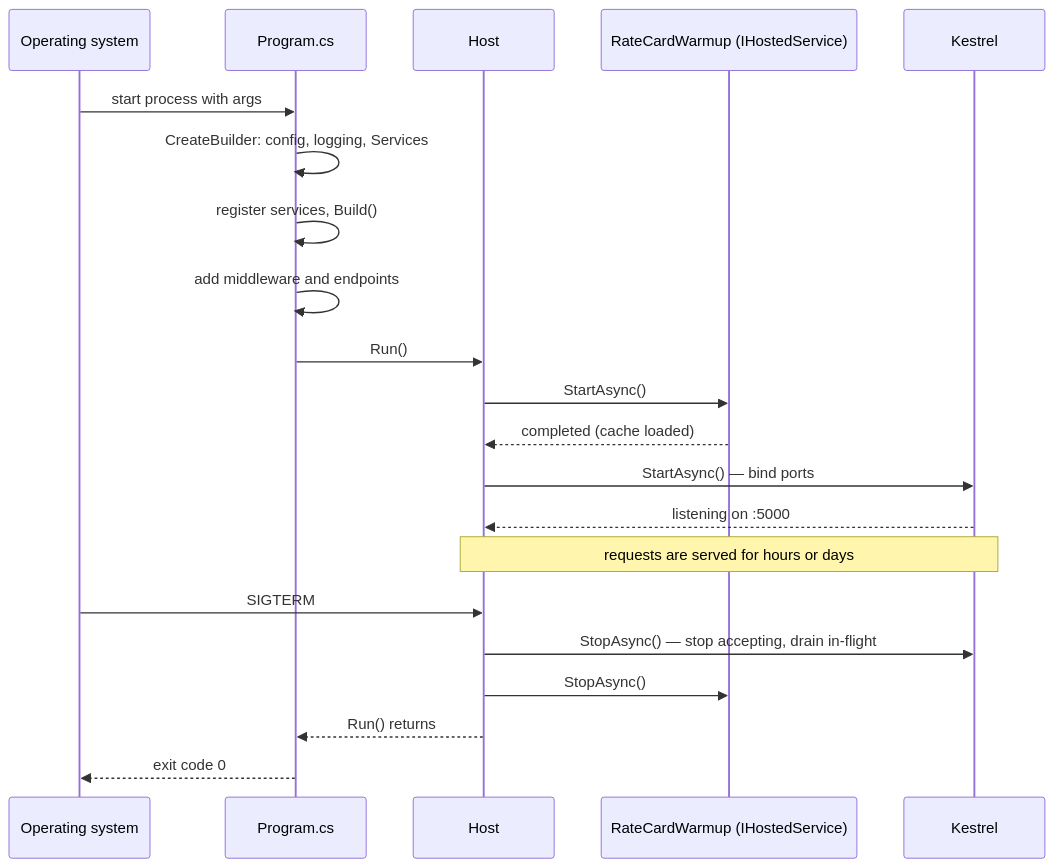
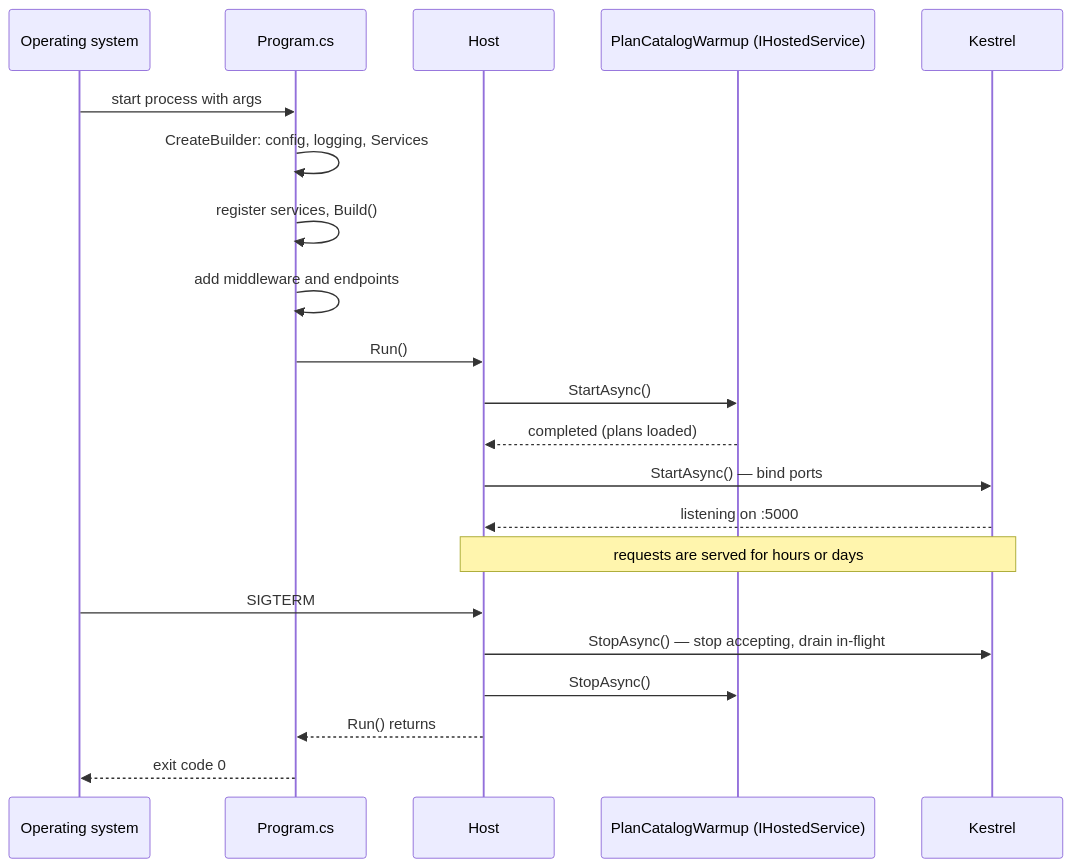
One commit to rizwi0786/system-design-lab changed the second of 2 diagrams in content/lessons/m03/m03-startup.md. Above: the diagram before and after it, drawn with Mermaid. The commit also changed other lines of this file and 334 other files, not shown here.

````diff
--- a/content/lessons/m03/m03-startup.md
+++ b/content/lessons/m03/m03-startup.md
@@ -203,23 +207,23 @@
 ```mermaid
 sequenceDiagram
     participant OS as Operating system
     participant P as Program.cs
     participant H as Host
-    participant S as RateCardWarmup (IHostedService)
+    participant S as PlanCatalogWarmup (IHostedService)
     participant K as Kestrel
     OS->>P: start process with args
     P->>P: CreateBuilder: config, logging, Services
     P->>P: register services, Build()
     P->>P: add middleware and endpoints
     P->>H: Run()
     H->>S: StartAsync()
-    S-->>H: completed (cache loaded)
+    S-->>H: completed (plans loaded)
     H->>K: StartAsync() — bind ports
     K-->>H: listening on :5000
     Note over H,K: requests are served for hours or days
     OS->>H: SIGTERM
     H->>K: StopAsync() — stop accepting, drain in-flight
     H->>S: StopAsync()
     H-->>P: Run() returns
     P-->>OS: exit code 0
 ```
````
